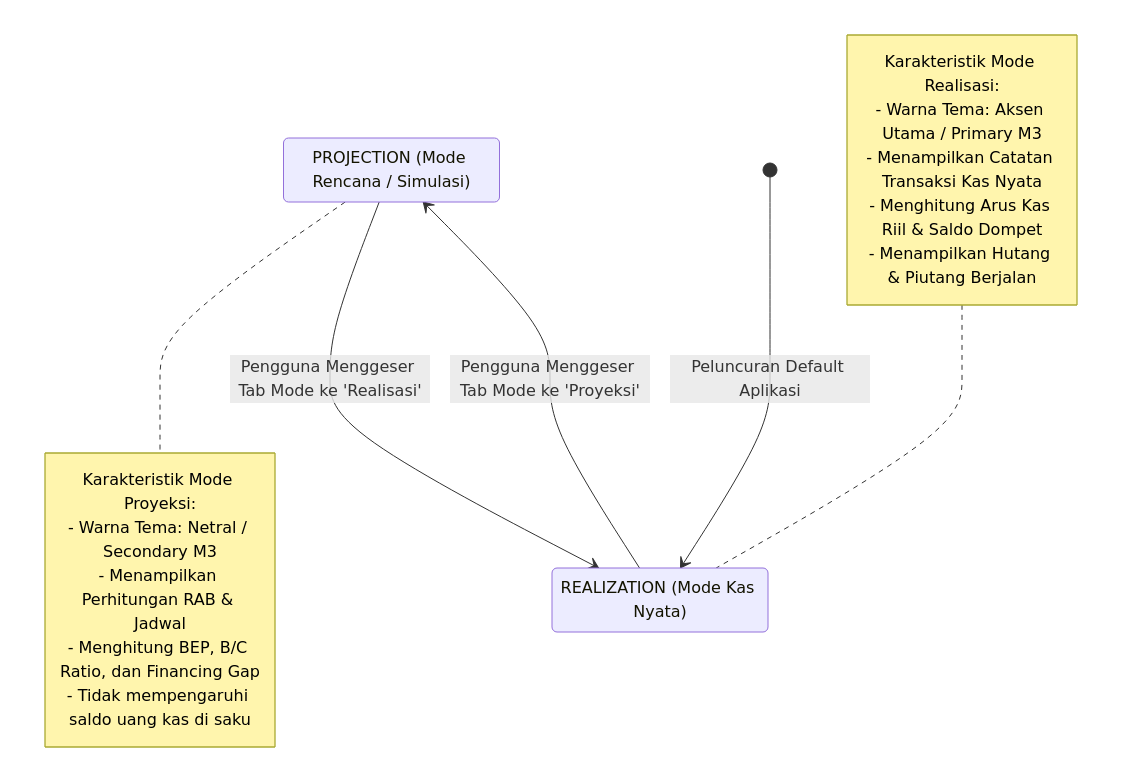
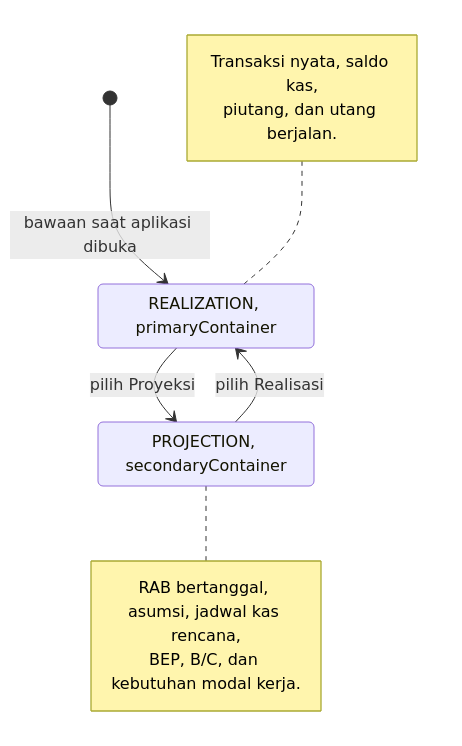
Before and after one commit to Radit024/Mankeu: the fourth of 4 diagrams in docs/diagrams/07_state_diagrams.md, drawn with Mermaid. The commit also changed other lines of this file and 17 other files, not shown here.

First line of the commit message:
docs: sync domain, UX, migration and diagram docs with v0.0.6

````diff
--- a/docs/diagrams/07_state_diagrams.md
+++ b/docs/diagrams/07_state_diagrams.md
@@ -102,25 +79,19 @@
 ```mermaid
 stateDiagram-v2
-    state "PROJECTION (Mode Rencana / Simulasi)" as Proj
-    state "REALIZATION (Mode Kas Nyata)" as Real
+    state "REALIZATION, primaryContainer" as Realization
+    state "PROJECTION, secondaryContainer" as Projection
 
-    [*] --> Real : Peluncuran Default Aplikasi
+    [*] --> Realization : bawaan saat aplikasi dibuka
+    Realization --> Projection : pilih Proyeksi
+    Projection --> Realization : pilih Realisasi
 
-    Real --> Proj : Pengguna Menggeser Tab Mode ke 'Proyeksi'
-    note right of Proj
-        Karakteristik Mode Proyeksi:
-        - Warna Tema: Netral / Secondary M3
-        - Menampilkan Perhitungan RAB & Jadwal
-        - Menghitung BEP, B/C Ratio, dan Financing Gap
-        - Tidak mempengaruhi saldo uang kas di saku
+    note right of Projection
+        RAB bertanggal, asumsi, jadwal kas rencana,
+        BEP, B/C, dan kebutuhan modal kerja.
     end note
 
-    Proj --> Real : Pengguna Menggeser Tab Mode ke 'Realisasi'
-    note left of Real
-        Karakteristik Mode Realisasi:
-        - Warna Tema: Aksen Utama / Primary M3
-        - Menampilkan Catatan Transaksi Kas Nyata
-        - Menghitung Arus Kas Riil & Saldo Dompet
-        - Menampilkan Hutang & Piutang Berjalan
+    note left of Realization
+        Transaksi nyata, saldo kas,
+        piutang, dan utang berjalan.
     end note
 ```
````
